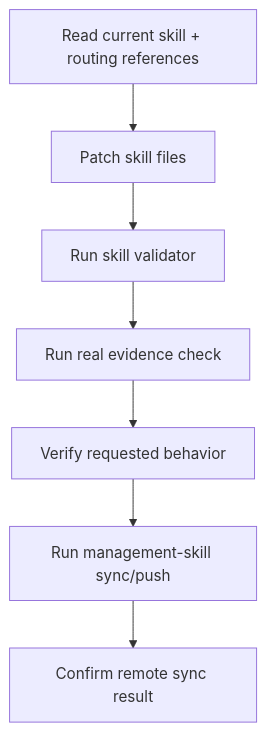
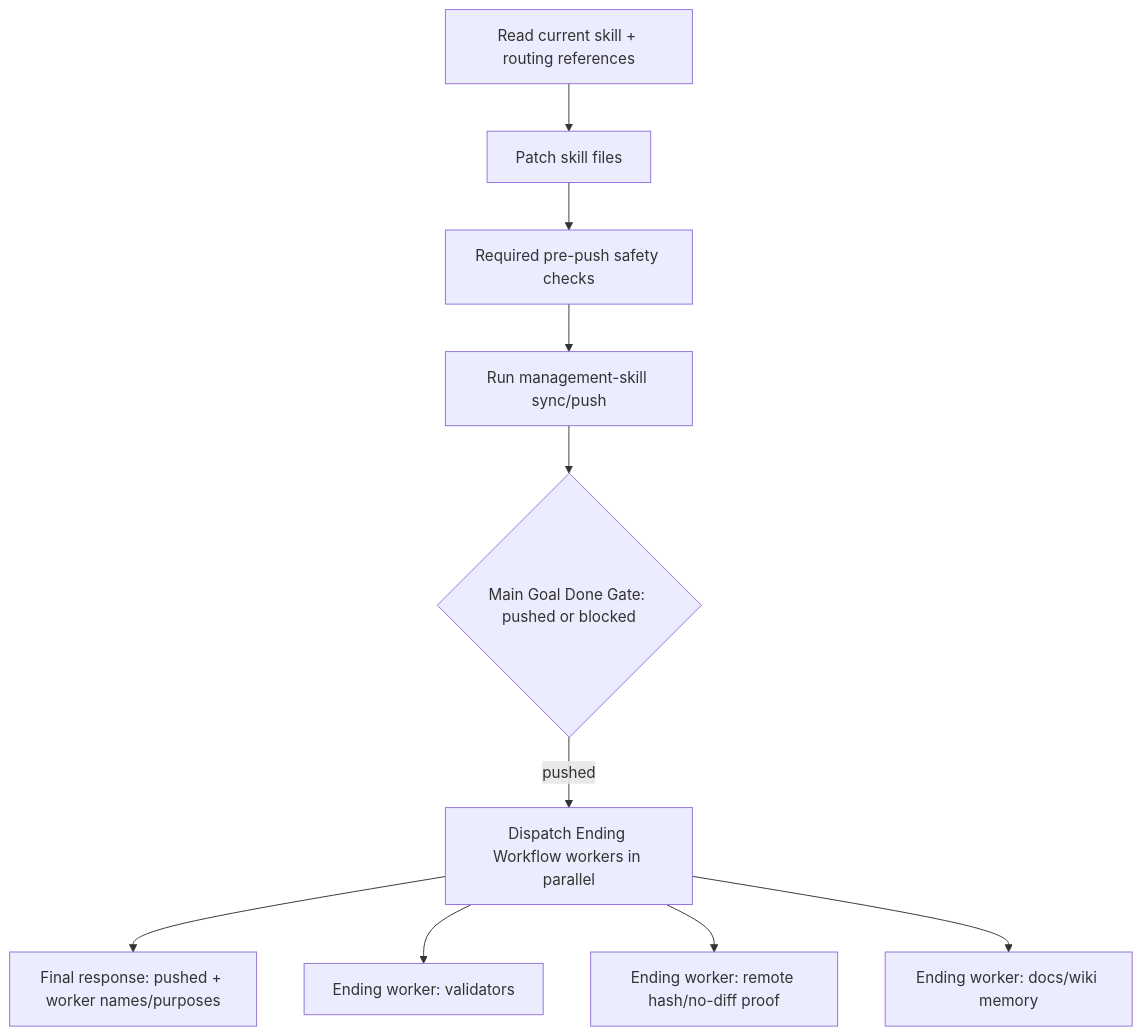
The third of 4 diagrams in workflow-skill/references/start-diagram-template.md (qinbatista/qin-codex-skills), drawn with Mermaid before and after one commit. The commit also changed other lines of this file and 3 other files, not shown here.

Commit message:
Clarify workflow main and ending lanes

````diff
--- a/workflow-skill/references/start-diagram-template.md
+++ b/workflow-skill/references/start-diagram-template.md
@@ -42,9 +53,12 @@
 ```mermaid
 flowchart TD
   A["Read current skill + routing references"] --> B["Patch skill files"]
-  B --> C["Run skill validator"]
-  C --> D["Run real evidence check"]
-  D --> E["Verify requested behavior"]
-  E --> F["Run management-skill sync/push"]
-  F --> G["Confirm remote sync result"]
+  B --> C["Required pre-push safety checks"]
+  C --> D["Run management-skill sync/push"]
+  D --> E{"Main Goal Done Gate: pushed or blocked"}
+  E -->|pushed| F["Dispatch Ending Workflow workers in parallel"]
+  F --> G["Final response: pushed + worker names/purposes"]
+  F --> H["Ending worker: validators"]
+  F --> I["Ending worker: remote hash/no-diff proof"]
+  F --> J["Ending worker: docs/wiki memory"]
 ```
````
